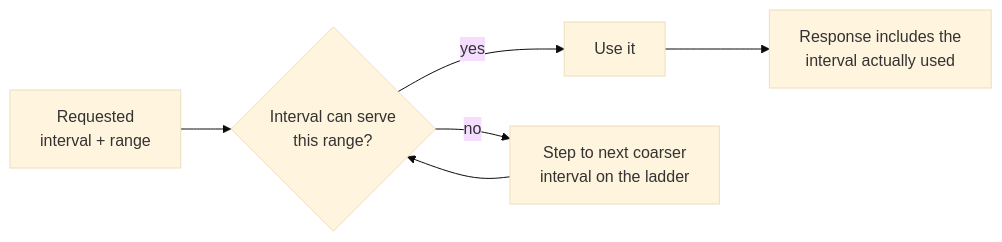
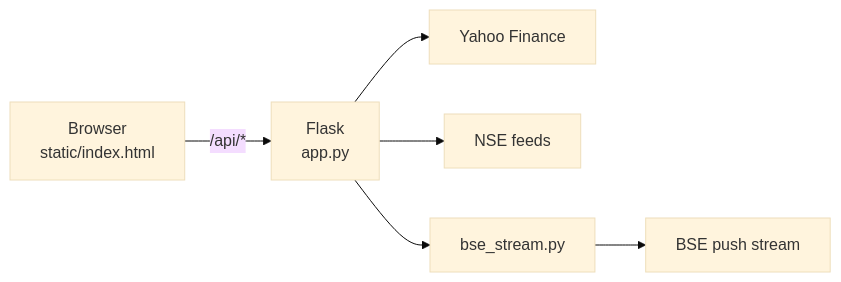
The diagram in README.md (prathamkul007-max/trading-view-self-host), drawn with Mermaid (base theme) before and after one commit. The commit also changed other lines of this file, not shown here.

Commit message:
Shorten README to a concise project summary with a per-index data-source table

````diff
--- a/README.md
+++ b/README.md
@@ -258,8 +43,7 @@
 ```mermaid
 flowchart LR
-    A["Requested<br/>interval + range"] --> B{"Interval can serve<br/>this range?"}
-    B -- yes --> C["Use it"]
-    B -- no --> D["Step to next coarser<br/>interval on the ladder"]
-    D --> B
-    C --> E["Response includes the<br/>interval actually used"]
+    B["Browser<br/>static/index.html"] -- "/api/*" --> F["Flask<br/>app.py"]
+    F --> Y["Yahoo Finance"]
+    F --> N["NSE feeds"]
+    F --> S["bse_stream.py"] --> BSE["BSE push stream"]
 ```
````
